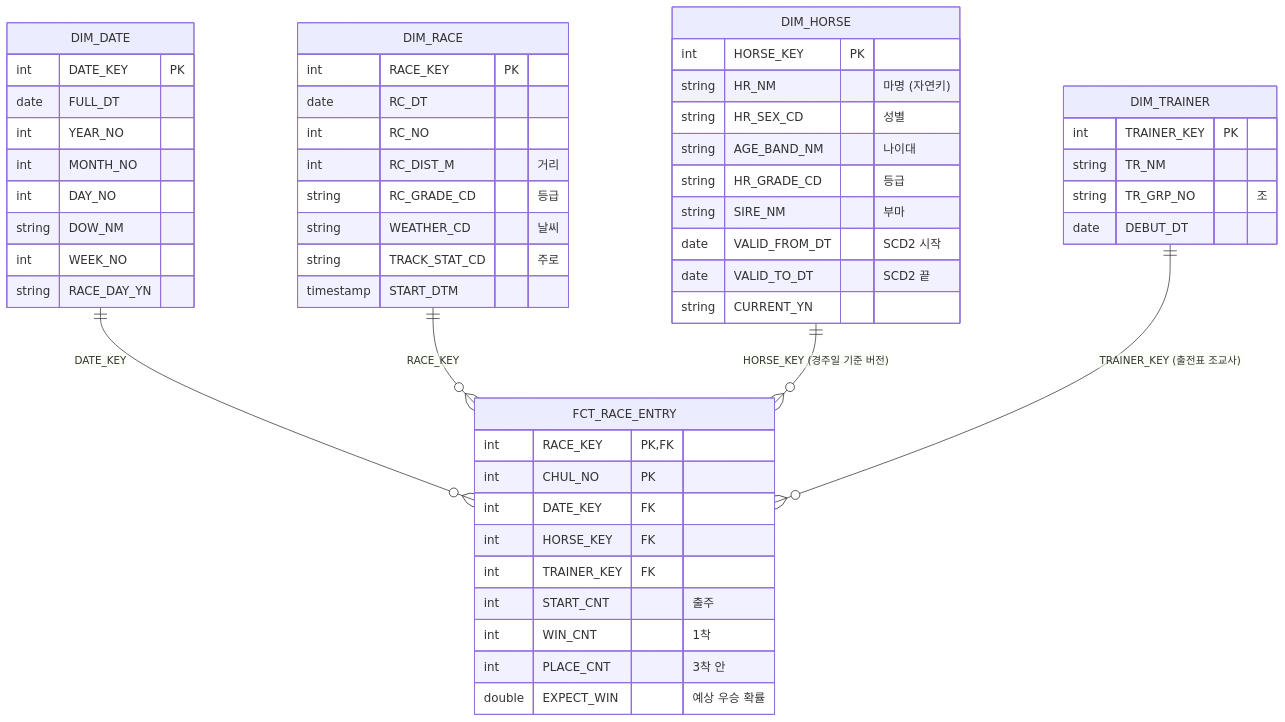
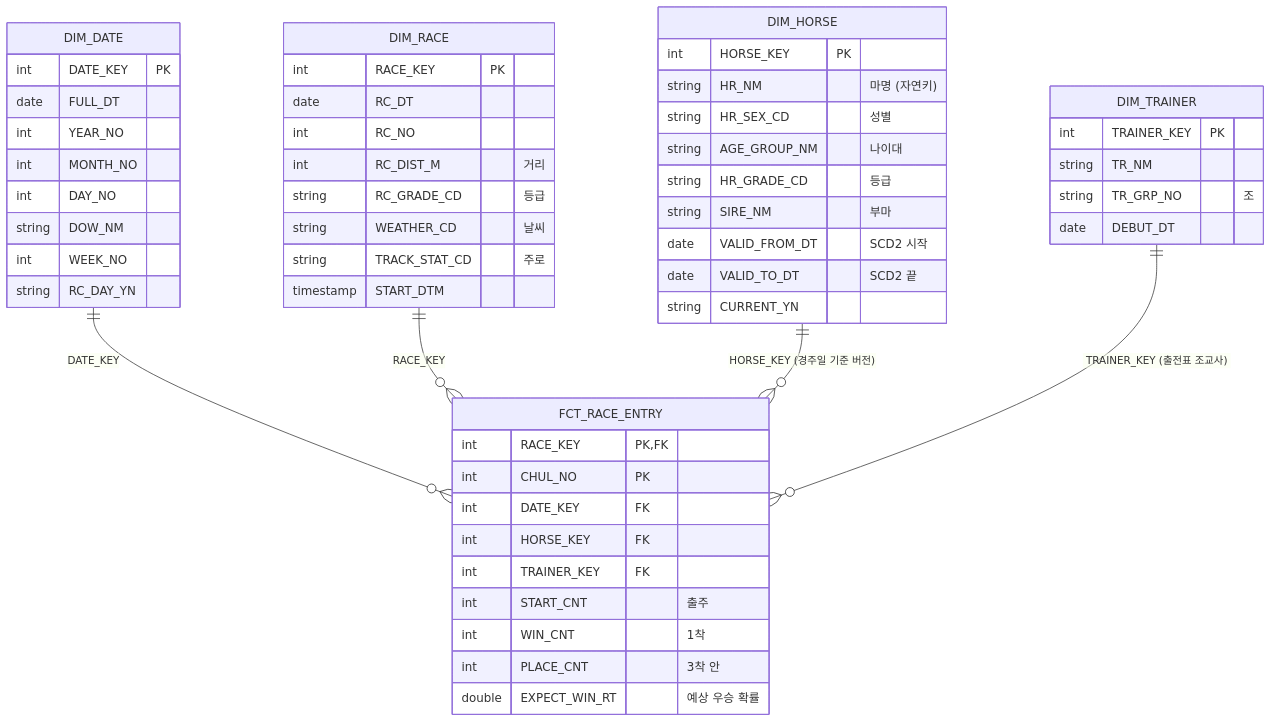
The diagram in docs/gold/race_entry.md (encore-ai-campus/mlo-03-p2-team3), drawn with Mermaid before and after one commit. The commit also changed other lines of this file and 31 other files, not shown here.

````diff
--- a/docs/gold/race_entry.md
+++ b/docs/gold/race_entry.md
@@ -21,56 +21,56 @@
 ```mermaid
 erDiagram
     DIM_DATE ||--o{ FCT_RACE_ENTRY : "DATE_KEY"
     DIM_RACE ||--o{ FCT_RACE_ENTRY : "RACE_KEY"
     DIM_HORSE ||--o{ FCT_RACE_ENTRY : "HORSE_KEY (경주일 기준 버전)"
     DIM_TRAINER ||--o{ FCT_RACE_ENTRY : "TRAINER_KEY (출전표 조교사)"
 
     FCT_RACE_ENTRY {
         int RACE_KEY PK,FK
         int CHUL_NO PK
         int DATE_KEY FK
         int HORSE_KEY FK
         int TRAINER_KEY FK
         int START_CNT "출주"
         int WIN_CNT "1착"
         int PLACE_CNT "3착 안"
-        double EXPECT_WIN "예상 우승 확률"
+        double EXPECT_WIN_RT "예상 우승 확률"
     }
     DIM_DATE {
         int DATE_KEY PK
         date FULL_DT
         int YEAR_NO
         int MONTH_NO
         int DAY_NO
         string DOW_NM
         int WEEK_NO
-        string RACE_DAY_YN
+        string RC_DAY_YN
     }
     DIM_RACE {
         int RACE_KEY PK
         date RC_DT
         int RC_NO
         int RC_DIST_M "거리"
         string RC_GRADE_CD "등급"
         string WEATHER_CD "날씨"
         string TRACK_STAT_CD "주로"
         timestamp START_DTM
     }
     DIM_HORSE {
         int HORSE_KEY PK
         string HR_NM "마명 (자연키)"
         string HR_SEX_CD "성별"
-        string AGE_BAND_NM "나이대"
+        string AGE_GROUP_NM "나이대"
         string HR_GRADE_CD "등급"
         string SIRE_NM "부마"
         date VALID_FROM_DT "SCD2 시작"
         date VALID_TO_DT "SCD2 끝"
         string CURRENT_YN
     }
     DIM_TRAINER {
         int TRAINER_KEY PK
         string TR_NM
         string TR_GRP_NO "조"
         date DEBUT_DT
     }
 ```
````
